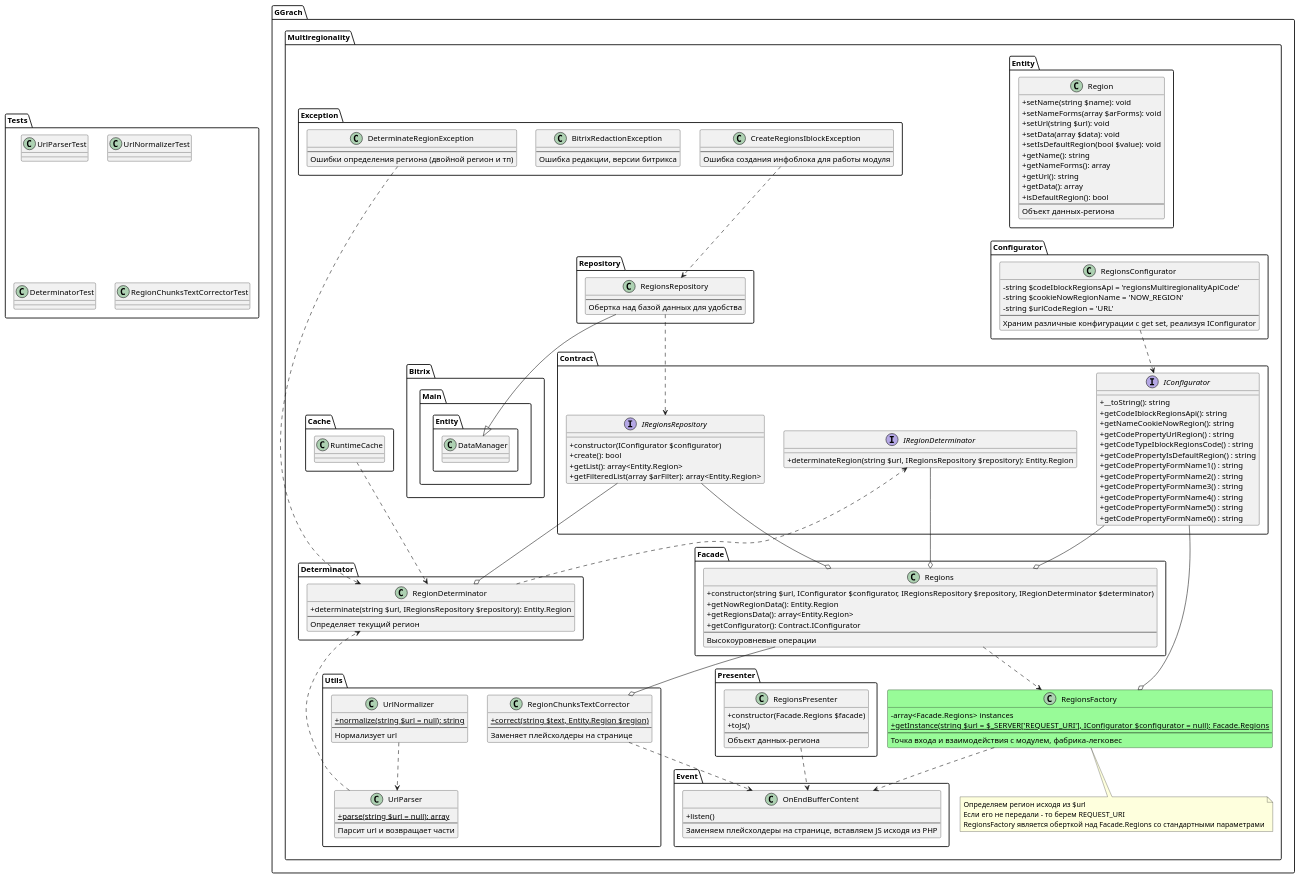
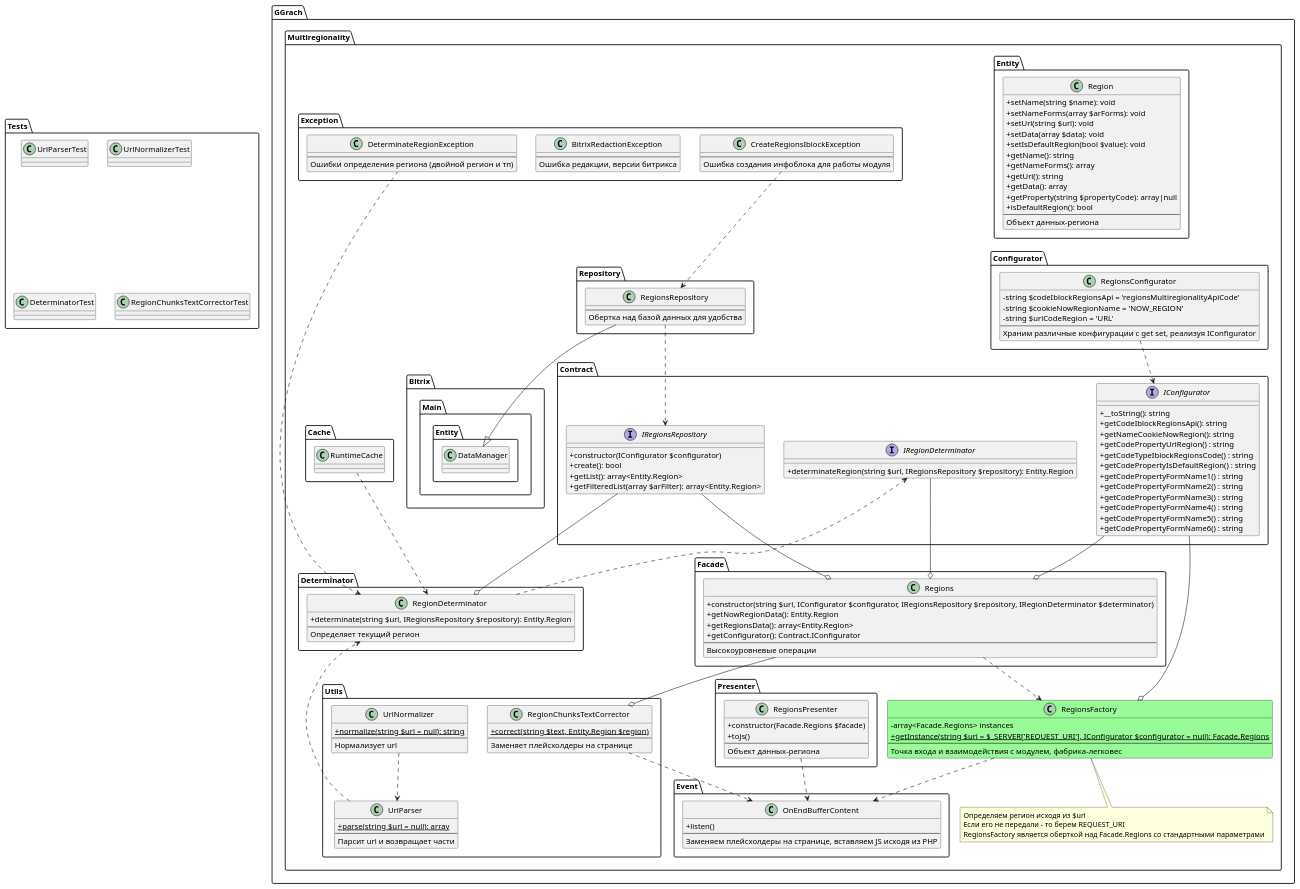
The diagram in ggrachdev.multiregionality/classes/general/Multiregionality/structure.puml (ggrachdev/bitrix_module_multiregionality), drawn with PlantUML before and after one commit. The commit also changed 2 other files, not shown here.

Commit message:
Add method getProperty in Region and getList can return multiproperty

```diff
--- a/ggrachdev.multiregionality/classes/general/Multiregionality/structure.puml
+++ b/ggrachdev.multiregionality/classes/general/Multiregionality/structure.puml
@@ -42,6 +42,7 @@
             + getNameForms(): array
             + getUrl(): string
             + getData(): array
+            + getProperty(string $propertyCode): array|null
             + isDefaultRegion(): bool
             ---
             Объект данных-региона
```
